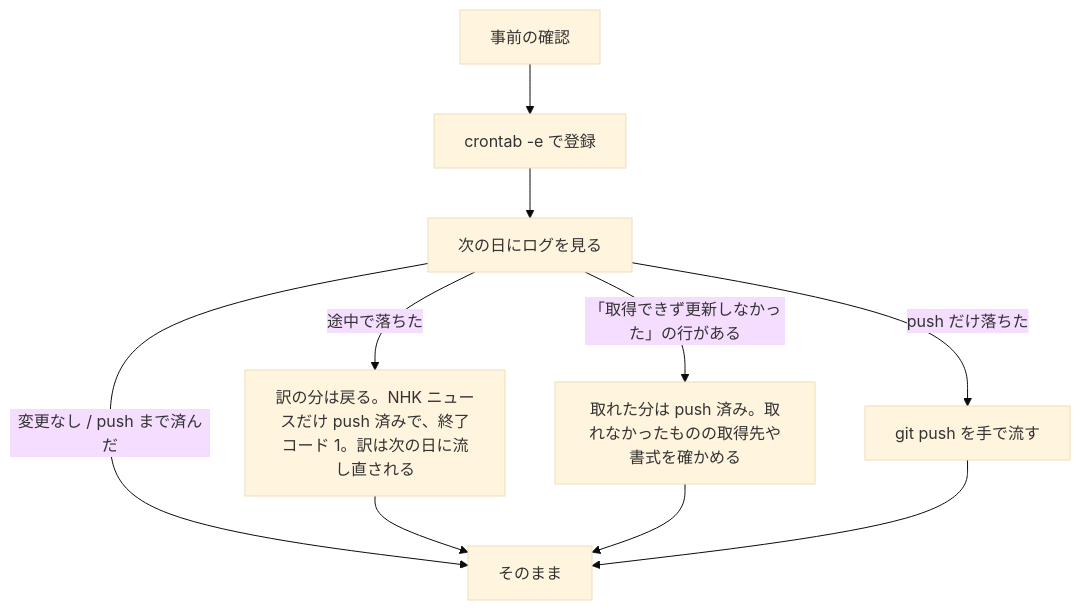
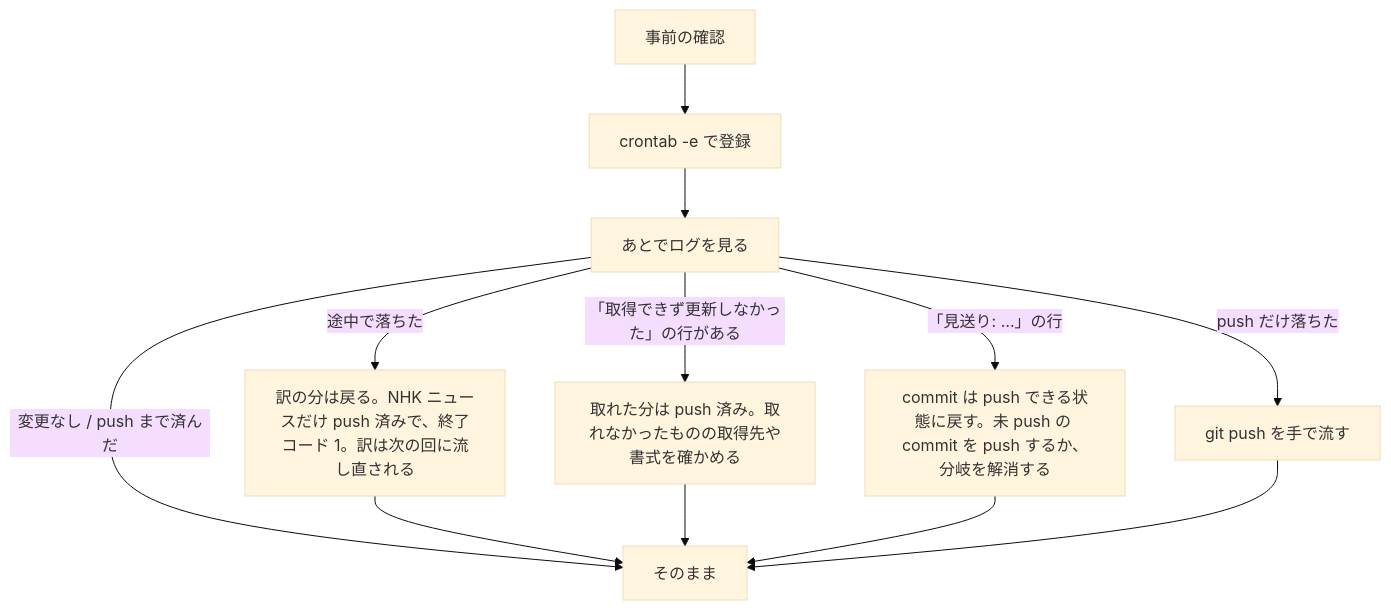
One commit to ytani01/jp-long-typing changed the second of 2 diagrams in docs/update-release-notes.md. Above: the diagram before and after it, drawn with Mermaid (base theme). The commit also changed other lines of this file and 14 other files, not shown here.

````diff
--- a/docs/update-release-notes.md
+++ b/docs/update-release-notes.md
@@ -95,8 +113,9 @@
 ```mermaid
 flowchart TD
-  A[事前の確認] --> B["crontab -e で登録"] --> C[次の日にログを見る]
+  A[事前の確認] --> B["crontab -e で登録"] --> C[あとでログを見る]
   C -->|変更なし / push まで済んだ| D[そのまま]
-  C -->|途中で落ちた| F[訳の分は戻る。NHK ニュースだけ push 済みで、終了コード 1。訳は次の日に流し直される] --> D
+  C -->|途中で落ちた| F[訳の分は戻る。NHK ニュースだけ push 済みで、終了コード 1。訳は次の回に流し直される] --> D
   C -->|「取得できず更新しなかった」の行がある| G[取れた分は push 済み。取れなかったものの取得先や書式を確かめる] --> D
+  C -->|「見送り: …」の行| H[commit は push できる状態に戻す。未 push の commit を push するか、分岐を解消する] --> D
   C -->|push だけ落ちた| E["git push を手で流す"] --> D
 ```
````
